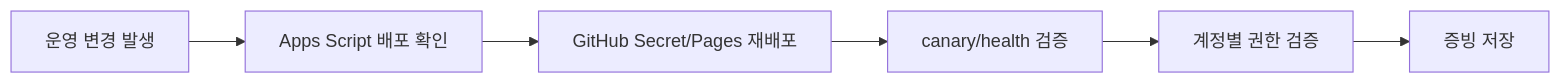
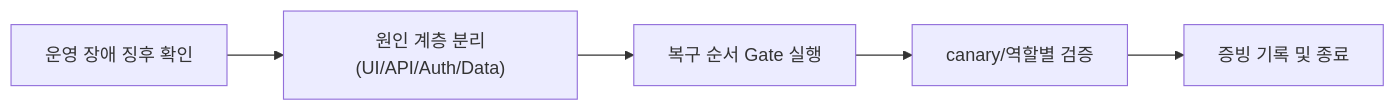
The diagram in docs/Wiki/04_Operations_Runbook.md (cloud-club/CloudClubAttendanceSystem), drawn with Mermaid before and after one commit. The commit also changed other lines of this file and 7 other files, not shown here.

````diff
--- a/docs/Wiki/04_Operations_Runbook.md
+++ b/docs/Wiki/04_Operations_Runbook.md
@@ -6,8 +6,7 @@
 ```mermaid
 flowchart LR
-  A["운영 변경 발생"] --> B["Apps Script 배포 확인"]
-  B --> C["GitHub Secret/Pages 재배포"]
-  C --> D["canary/health 검증"]
-  D --> E["계정별 권한 검증"]
-  E --> F["증빙 저장"]
+  A["운영 장애 징후 확인"] --> B["원인 계층 분리(UI/API/Auth/Data)"]
+  B --> C["복구 순서 Gate 실행"]
+  C --> D["canary/역할별 검증"]
+  D --> E["증빙 기록 및 종료"]
 ```
````
